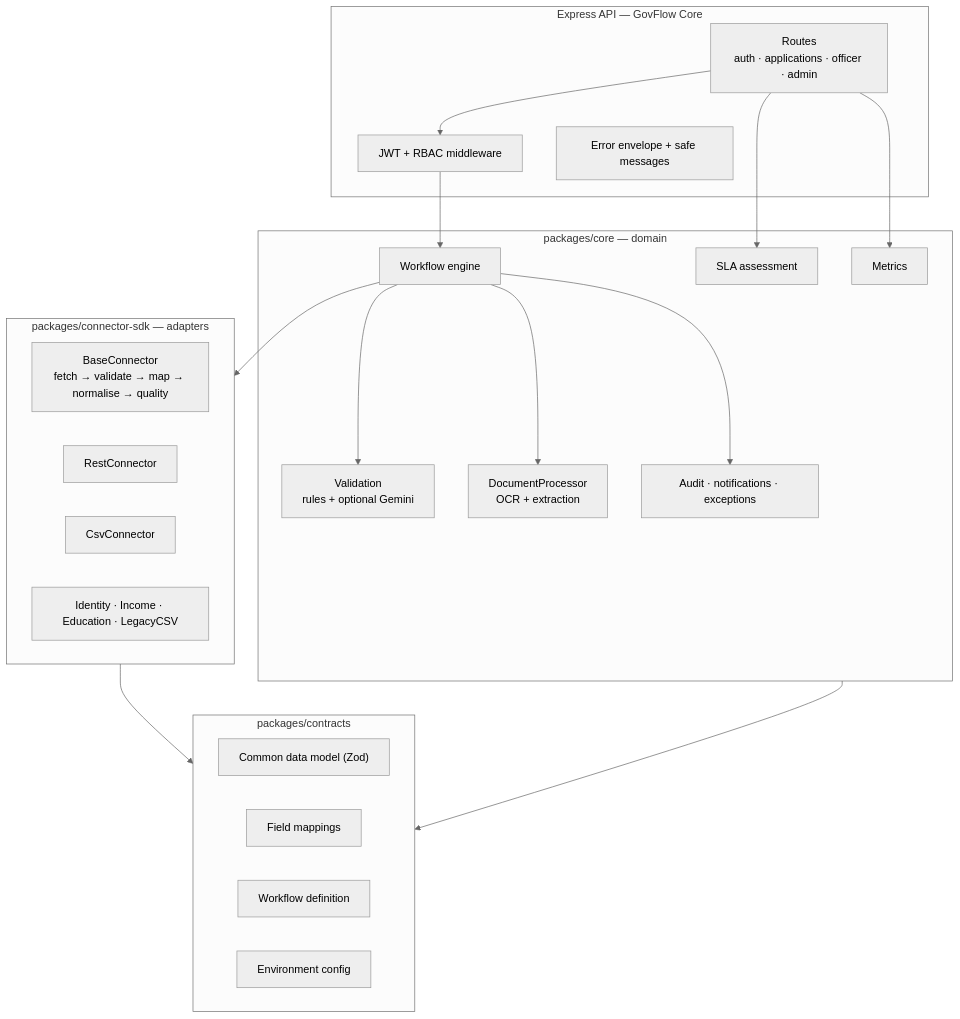
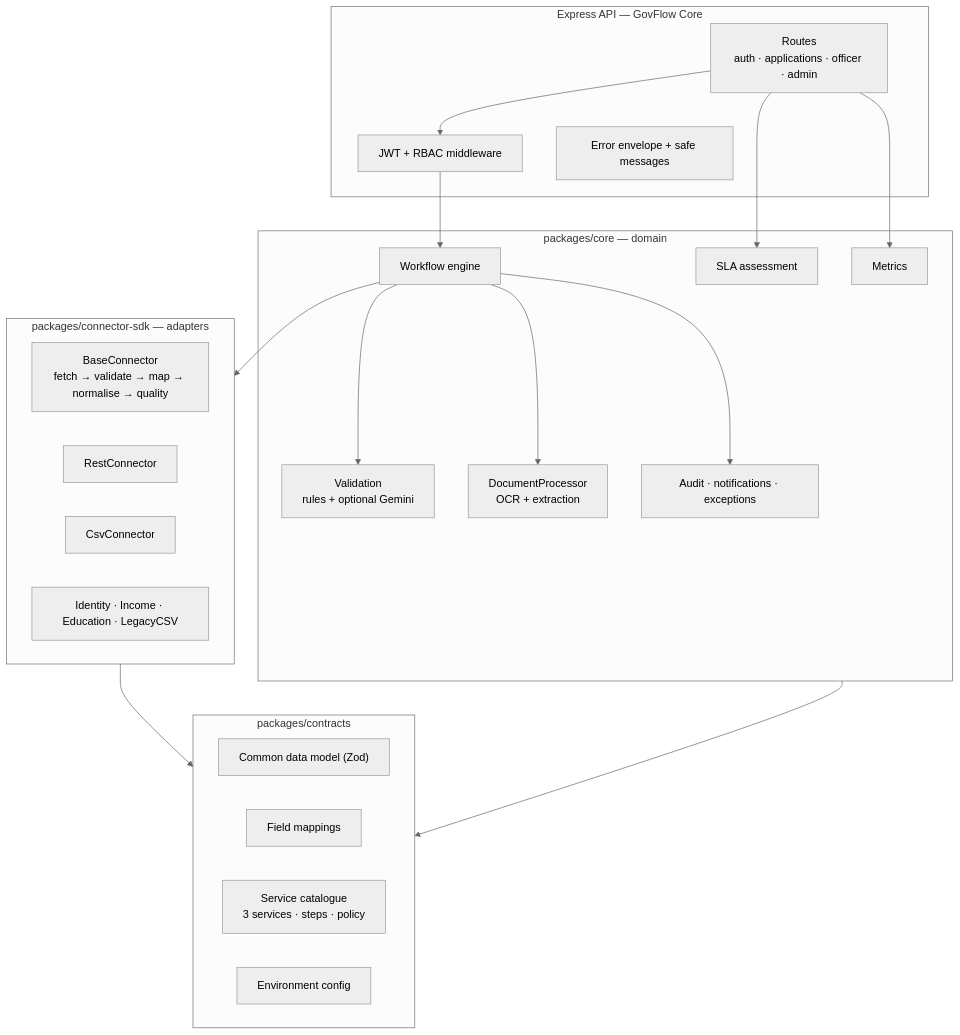
The second of 8 diagrams in docs/architecture.md (Qaizar-Master/govflow-sih-demo), drawn with Mermaid (neutral theme) before and after one commit. The commit also changed other lines of this file and 24 other files, not shown here.

````diff
--- a/docs/architecture.md
+++ b/docs/architecture.md
@@ -74,41 +74,41 @@
 ```mermaid
 flowchart TB
     subgraph api["Express API — GovFlow Core"]
         routes["Routes<br/>auth · applications · officer · admin"]
         authmw["JWT + RBAC middleware"]
         errors["Error envelope + safe messages"]
     end
 
     subgraph core["packages/core — domain"]
         wf["Workflow engine"]
         val["Validation<br/>rules + optional Gemini"]
         doc["DocumentProcessor<br/>OCR + extraction"]
         audit["Audit · notifications · exceptions"]
         sla["SLA assessment"]
         metrics["Metrics"]
     end
 
     subgraph sdk["packages/connector-sdk — adapters"]
         base["BaseConnector<br/>fetch → validate → map → normalise → quality"]
         rest["RestConnector"]
         csv["CsvConnector"]
         concrete["Identity · Income · Education · LegacyCSV"]
     end
 
     subgraph contracts["packages/contracts"]
         cdm["Common data model (Zod)"]
         maps["Field mappings"]
-        wfdef["Workflow definition"]
+        wfdef["Service catalogue<br/>3 services · steps · policy"]
         envcfg["Environment config"]
     end
 
     routes --> authmw --> wf
     wf --> val
     wf --> doc
     wf --> audit
     wf --> sdk
     sdk --> contracts
     core --> contracts
     routes --> metrics
     routes --> sla
 ```
````
